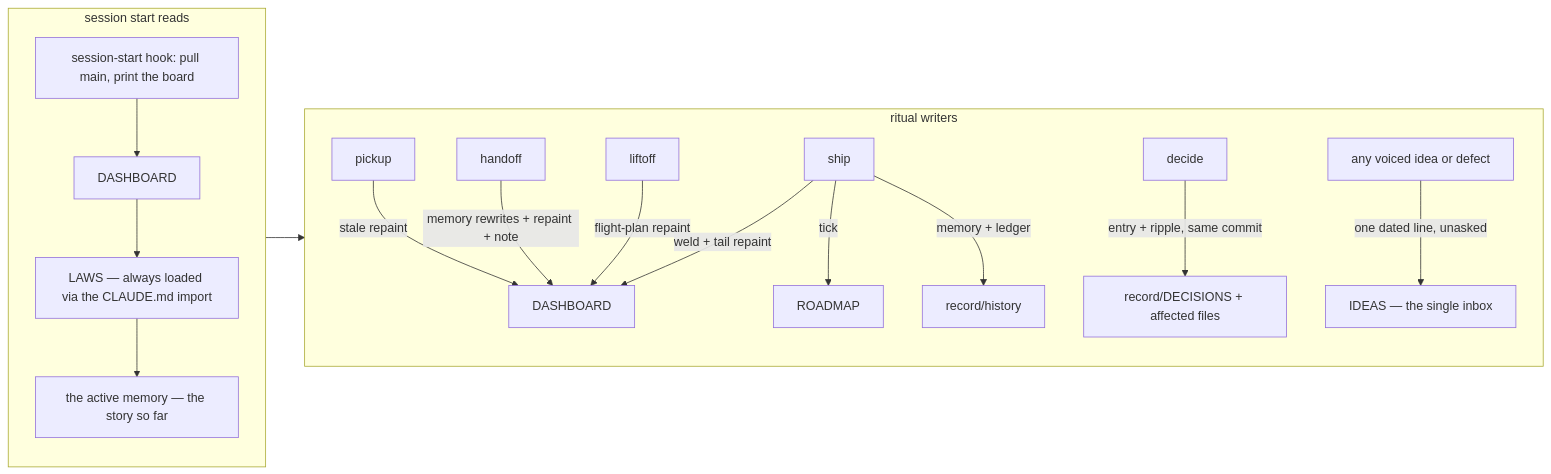
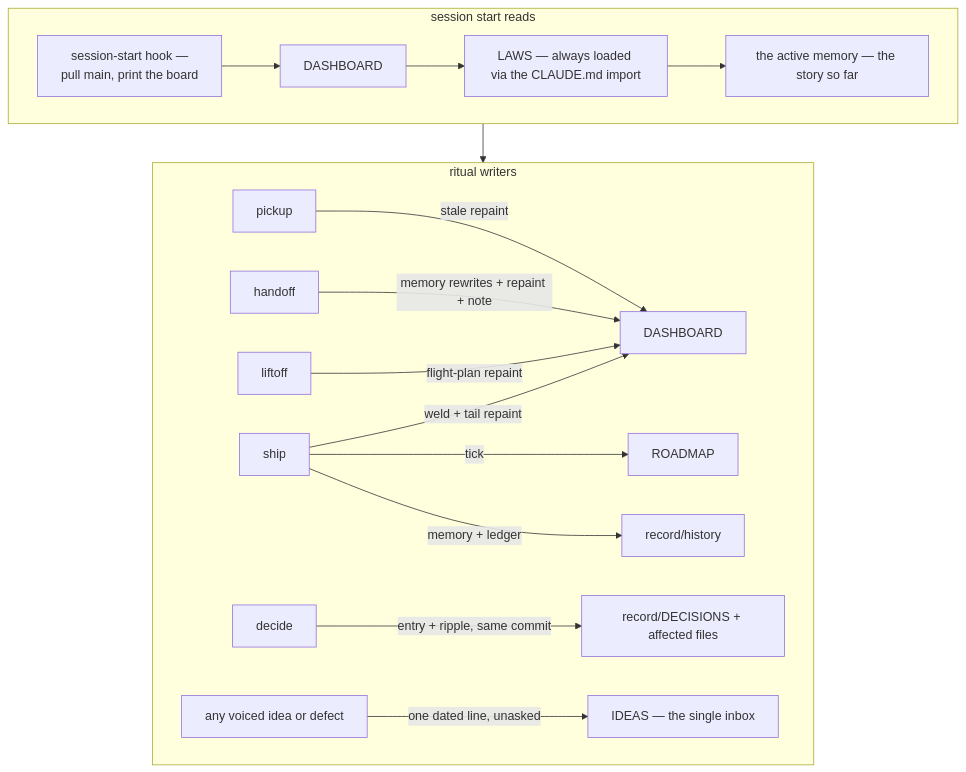
Before and after one commit to wsher0901/roam: the second of 8 diagrams in docs/ATLAS.md, drawn with Mermaid. The commit also changed other lines of this file and 6 other files, not shown here.

````diff
--- a/docs/ATLAS.md
+++ b/docs/ATLAS.md
@@ -61,19 +86,19 @@
 ```mermaid
-flowchart LR
+flowchart TD
   subgraph READS["session start reads"]
-    H["session-start hook: pull main, print the board"] --> D1["DASHBOARD"]
+    H["session-start hook —<br/>pull main, print the board"] --> D1["DASHBOARD"]
     D1 --> L["LAWS — always loaded via the CLAUDE.md import"]
     L --> ME["the active memory — the story so far"]
   end
   subgraph WRITES["ritual writers"]
     PK["pickup"] -->|"stale repaint"| BOARD["DASHBOARD"]
     HF["handoff"] -->|"memory rewrites + repaint + note"| BOARD
     LF["liftoff"] -->|"flight-plan repaint"| BOARD
     SH["ship"] -->|"weld + tail repaint"| BOARD
     SH -->|"tick"| RM["ROADMAP"]
     SH -->|"memory + ledger"| REC["record/history"]
     DE["decide"] -->|"entry + ripple, same commit"| DEC["record/DECISIONS + affected files"]
     ANY["any voiced idea or defect"] -->|"one dated line, unasked"| ID["IDEAS — the single inbox"]
   end
   READS --> WRITES
 ```
````
